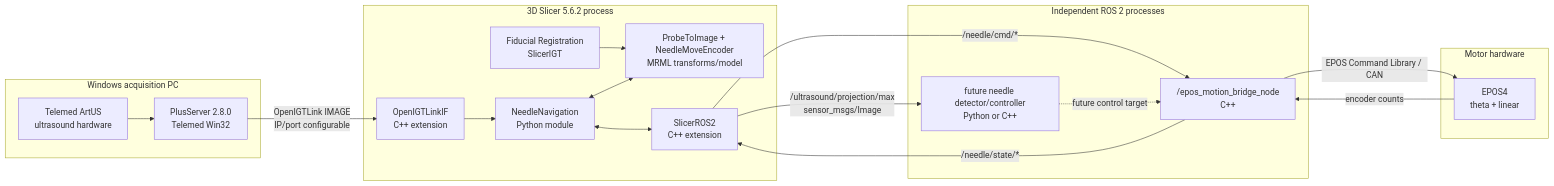
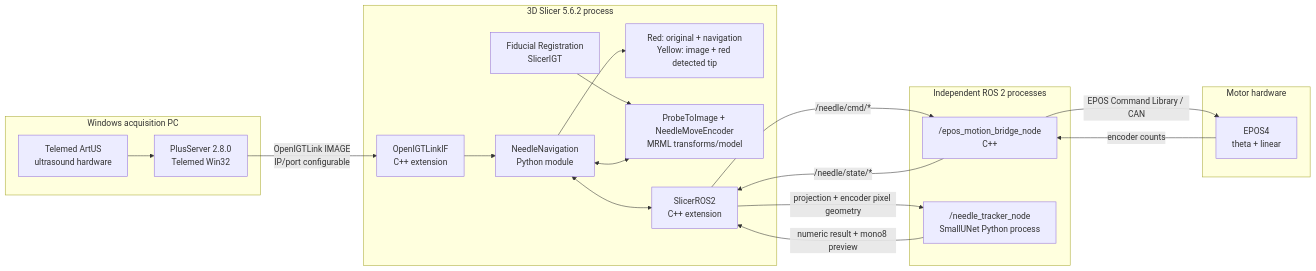
Before and after one commit to bak-jae/robotic-needle-navigation-system: the diagram in docs/architecture.md, drawn with Mermaid. The commit also changed other lines of this file and 4 other files, not shown here.

````diff
--- a/docs/architecture.md
+++ b/docs/architecture.md
@@ -3,37 +3,39 @@
 ```mermaid
 flowchart LR
   subgraph WIN["Windows acquisition PC"]
     ARTUS["Telemed ArtUS<br/>ultrasound hardware"]
     PLUS["PlusServer 2.8.0<br/>Telemed Win32"]
     ARTUS --> PLUS
   end
 
   subgraph SLICER["3D Slicer 5.6.2 process"]
     OIGTL["OpenIGTLinkIF<br/>C++ extension"]
     REG["Fiducial Registration<br/>SlicerIGT"]
     PY["NeedleNavigation<br/>Python module"]
+    SLICES["Red: original + navigation<br/>Yellow: image + red detected tip"]
     MODEL["ProbeToImage + NeedleMoveEncoder<br/>MRML transforms/model"]
     ROS2EXT["SlicerROS2<br/>C++ extension"]
     OIGTL --> PY
     REG --> MODEL
     PY <--> MODEL
     PY <--> ROS2EXT
+    PY --> SLICES
   end
 
   subgraph ROS["Independent ROS 2 processes"]
     BRIDGE["/epos_motion_bridge_node<br/>C++"]
-    DETECT["future needle detector/controller<br/>Python or C++"]
+    DETECT["/needle_tracker_node<br/>SmallUNet Python process"]
   end
 
   subgraph HW["Motor hardware"]
     EPOS["EPOS4<br/>theta + linear"]
   end
 
   PLUS -- "OpenIGTLink IMAGE<br/>IP/port configurable" --> OIGTL
-  ROS2EXT -- "/ultrasound/projection/max<br/>sensor_msgs/Image" --> DETECT
+  ROS2EXT -- "projection + encoder pixel geometry" --> DETECT
+  DETECT -- "numeric result + mono8 preview" --> ROS2EXT
   ROS2EXT -- "/needle/cmd/*" --> BRIDGE
   BRIDGE -- "/needle/state/*" --> ROS2EXT
-  DETECT -. "future control target" .-> BRIDGE
   BRIDGE -- "EPOS Command Library / CAN" --> EPOS
   EPOS -- "encoder counts" --> BRIDGE
 ```
````
